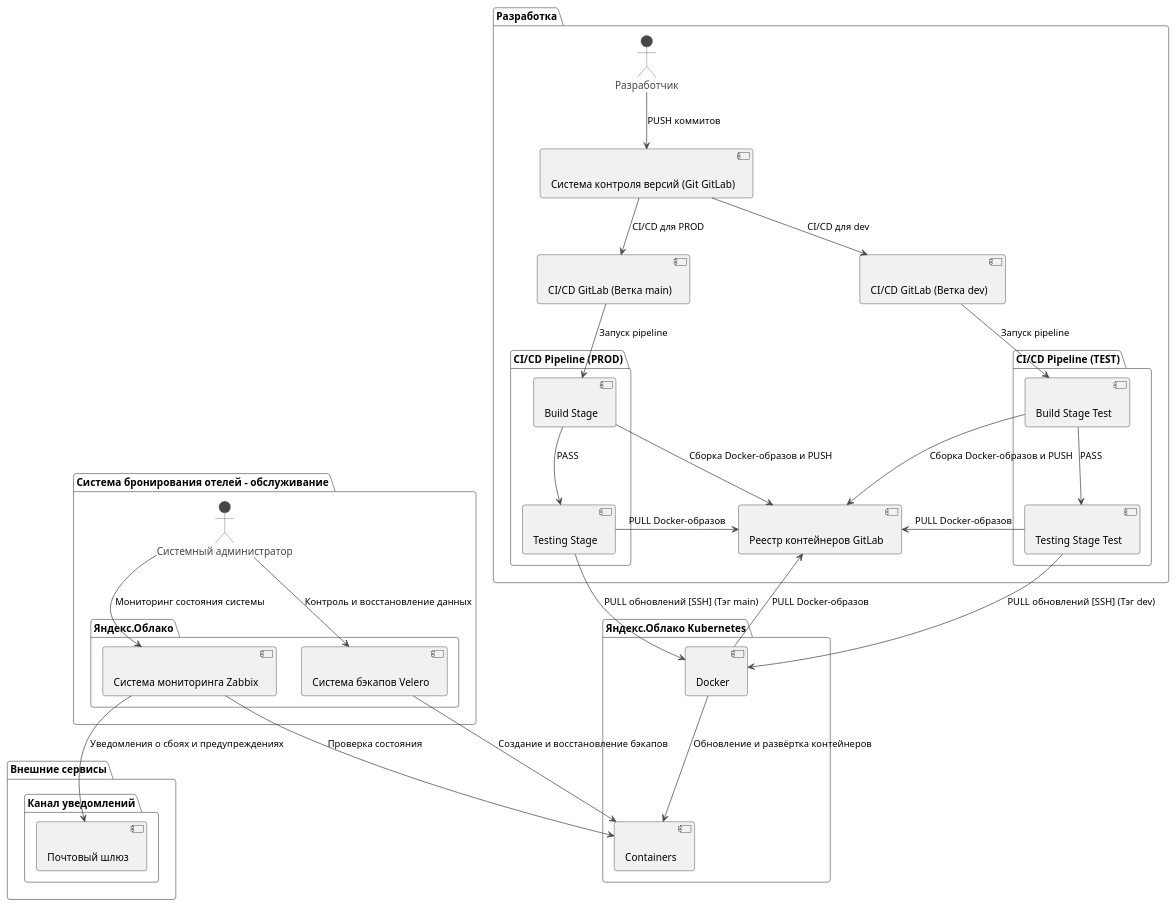
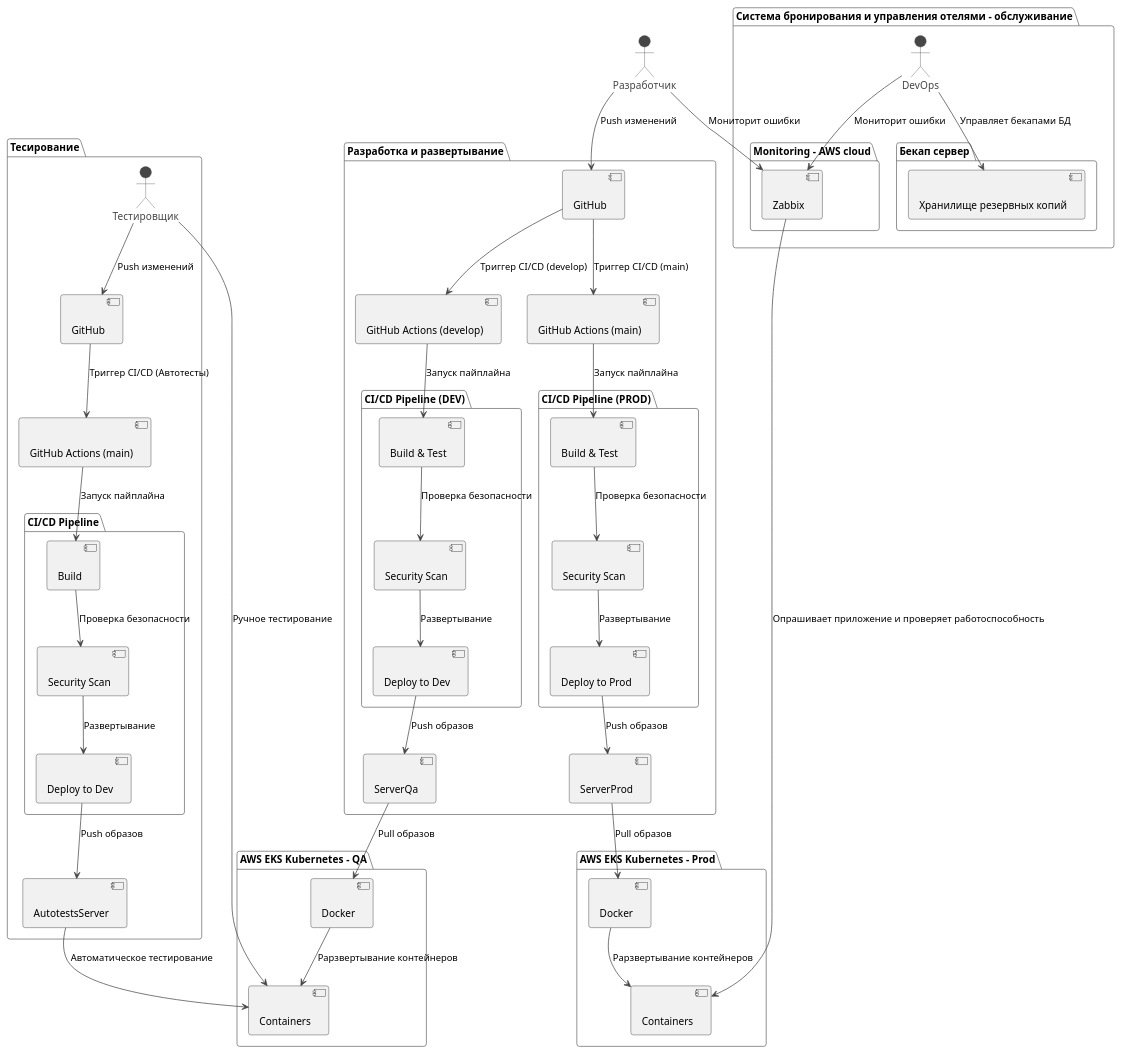
The diagram in Diagrams/Maintenance.puml (GornikMaria/SoftwareDevelopmentTechnology), drawn with PlantUML before and after one commit. The commit also changed 1 other file, not shown here.

```diff
--- a/Diagrams/Maintenance.puml
+++ b/Diagrams/Maintenance.puml
@@ -1,63 +1,104 @@
 @startuml
 !theme vibrant
 
-package "Яндекс.Облако Kubernetes" as k8s {
-  [Docker] as docker << (C, #FFAAAA) >>
-  [Containers] as containers << (C, #FFAAAA) >>
+actor "Разработчик" as developer
+
+package "Разработка и развертывание" as development {
+    [GitHub] as vcs << (C, #FFAAAA) >>
+    [GitHub Actions (main)] as cicd_prod << (C, #FFAAAA) >>
+    [GitHub Actions (develop)] as cicd_dev << (C, #FFAAAA) >>
+
+    ' Связи разработки
+    developer --> vcs : "Push изменений"
+    vcs --> cicd_prod : "Триггер CI/CD (main)"
+    vcs --> cicd_dev : "Триггер CI/CD (develop)"
+    
+    package "CI/CD Pipeline (PROD)" as build_prod {
+      [Build & Test] as build_test_prod << (C, #FFAAAA) >>
+      [Security Scan] as security_scan_prod << (C, #FFAAAA) >>
+      [Deploy to Prod] as deploy_prod << (C, #FFAAAA) >>
+    }
+    
+    package "CI/CD Pipeline (DEV)" as build_dev {
+      [Build & Test] as build_test_dev << (C, #FFAAAA) >>
+      [Security Scan] as security_scan_dev << (C, #FFAAAA) >>
+      [Deploy to Dev] as deploy_dev << (C, #FFAAAA) >>
+    }
+
+    [ServerProd] as container_registry_prod << (C, #FFAAAA) >>
+    [ServerQa] as container_registry_qa << (C, #FFAAAA) >>
+
+    ' Pipeline PROD
+    cicd_prod --> build_test_prod : "Запуск пайплайна"
+    build_test_prod --> security_scan_prod : "Проверка безопасности"
+    security_scan_prod --> deploy_prod : "Развертывание"
+    deploy_prod --> container_registry_prod : "Push образов"
+
+    ' Pipeline DEV
+    cicd_dev --> build_test_dev : "Запуск пайплайна"
+    build_test_dev --> security_scan_dev : "Проверка безопасности"
+    security_scan_dev --> deploy_dev : "Развертывание"
+    deploy_dev --> container_registry_qa : "Push образов"
 }
 
-package "Система бронирования отелей - обслуживание" as maintenance {
-    actor "Системный администратор" as sys_admin
-    package "Яндекс.Облако" as cloud {
-      [Система мониторинга Zabbix] as monitoring_service << (C, #FFAAAA) >>
-      [Система бэкапов Velero] as backup_service << (C, #FFAAAA) >>
-    }
+package "AWS EKS Kubernetes - QA" as k8s_qa {
+  [Docker] as docker_qa << (C, #FFAAAA) >>
+  [Containers] as containers_qa << (C, #FFAAAA) >>
+  docker_qa --> containers_qa : "Рарзвертывание контейнеров"
+
+  container_registry_qa --> docker_qa : "Pull образов"
 }
 
-package "Внешние сервисы" as outer_services {
-    package "Канал уведомлений" as notifications {
-        [Почтовый шлюз] as email_service << (C, #FFAAAA) >>
-    }
+package "AWS EKS Kubernetes - Prod" as k8s_prod {
+  [Docker] as docker_prod << (C, #FFAAAA) >>
+  [Containers] as containers_prod << (C, #FFAAAA) >>
+  docker_prod --> containers_prod : "Рарзвертывание контейнеров"
+
+  container_registry_prod --> docker_prod : "Pull образов"
+}
+    
+package "Система бронирования и управления отелями - обслуживание" as maintenance {
+  actor "DevOps" as devops
+
+  package "Monitoring - AWS cloud" as cloud {
+    [Zabbix] as monitoring_service << (C, #FFAAAA) >>
+  }
+
+  package "Бекап сервер" as serverBackups {
+    [Хранилище резервных копий] as backupsStorage << (C, #FFAAAA) >>
+  }
+
+  devops --> backupsStorage : "Управляет бекапами БД"
+  devops --> monitoring_service : "Мониторит ошибки"
+  developer --> monitoring_service : "Мониторит ошибки"
+  monitoring_service --> containers_prod : "Опрашивает приложение и проверяет работоспособность"
 }
 
-package "Разработка" as development {
-    actor "Разработчик" as developer
-    [Система контроля версий (Git GitLab)] as vcs << (C, #FFAAAA) >>
-    [CI/CD GitLab (Ветка main)] as cicd << (C, #FFAAAA) >>
-    [CI/CD GitLab (Ветка dev)] as cicdtest << (C, #FFAAAA) >>
-    
-    package "CI/CD Pipeline (PROD)" as build {
-      [Build Stage] as buildstage << (C, #FFAAAA) >>
-      [Testing Stage] as testingstage << (C, #FFAAAA) >>
-    }
+package "Тесирование" as qa {
+  actor "Тестировщик" as qaEngineer
 
-    package "CI/CD Pipeline (TEST)" as buildtest {
-      [Build Stage Test] as buildstagetest << (C, #FFAAAA) >>
-      [Testing Stage Test] as testingstagetest << (C, #FFAAAA) >>
-    }
+  [GitHub] as vcsQa << (C, #FFAAAA) >>
+  [GitHub Actions (main)] as cicd_tests << (C, #FFAAAA) >>
 
-    [Реестр контейнеров GitLab] as containeregistry << (C, #FFAAAA) >>
+  ' Связи автотестов
+  qaEngineer --> vcsQa : "Push изменений"
+  vcsQa --> cicd_tests : "Триггер CI/CD (Автотесты)"
+
+  package "CI/CD Pipeline" as build_pipeline_tests {
+    [Build] as build_tests << (C, #FFAAAA) >>
+    [Security Scan] as security_scan_tests << (C, #FFAAAA) >>
+    [Deploy to Dev] as deploy_tests << (C, #FFAAAA) >>
+  }
+
+  [AutotestsServer] as container_registry_tests << (C, #FFAAAA) >>
+
+  cicd_tests --> build_tests : "Запуск пайплайна"
+  build_tests --> security_scan_tests : "Проверка безопасности"
+  security_scan_tests --> deploy_tests : "Развертывание"
+  deploy_tests --> container_registry_tests : "Push образов"
+
+  container_registry_tests --> containers_qa : "Автоматическое тестирование"
+  qaEngineer --> containers_qa : "Ручное тестирование"
 }
 
-sys_admin --> monitoring_service : "Мониторинг состояния системы"
-sys_admin --> backup_service : "Контроль и восстановление данных"
-monitoring_service --> email_service : "Уведомления о сбоях и предупреждениях"
-developer --> vcs : "PUSH коммитов"
-vcs --> cicd : "CI/CD для PROD"
-vcs --> cicdtest : "CI/CD для dev"
-cicd --> buildstage : "Запуск pipeline"
-cicdtest --> buildstagetest : "Запуск pipeline"
-buildstage --> containeregistry : "Сборка Docker-образов и PUSH"
-buildstagetest --> containeregistry : "Сборка Docker-образов и PUSH"
-containeregistry <-- testingstage : "PULL Docker-образов"
-containeregistry <-- testingstagetest : "PULL Docker-образов"
-buildstage --> testingstage : "PASS"
-buildstagetest --> testingstagetest : "PASS"
-testingstage --> docker : "PULL обновлений [SSH] (Тэг main)"
-testingstagetest --> docker : "PULL обновлений [SSH] (Тэг dev)"
-docker --> containeregistry : "PULL Docker-образов"
-docker --> containers : "Обновление и развёртка контейнеров"
-monitoring_service --> containers : "Проверка состояния"
-backup_service --> containers : "Создание и восстановление бэкапов"
-
 @enduml
```
